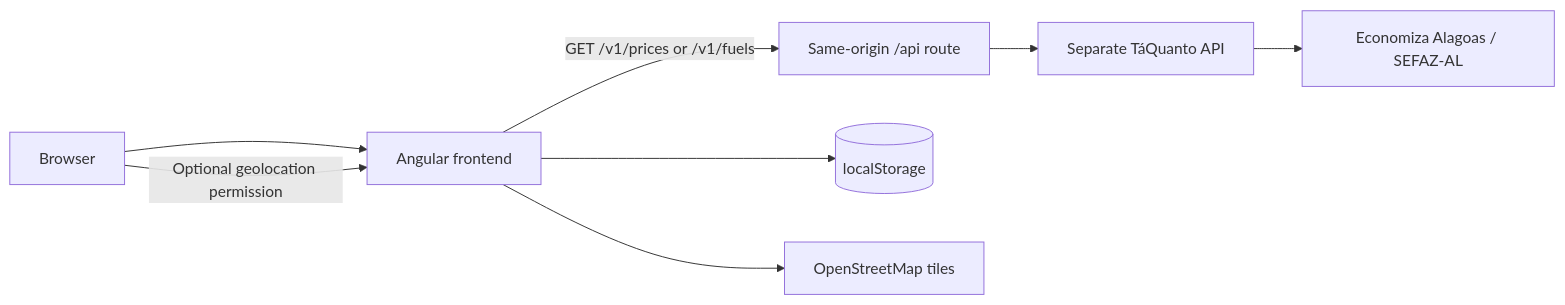
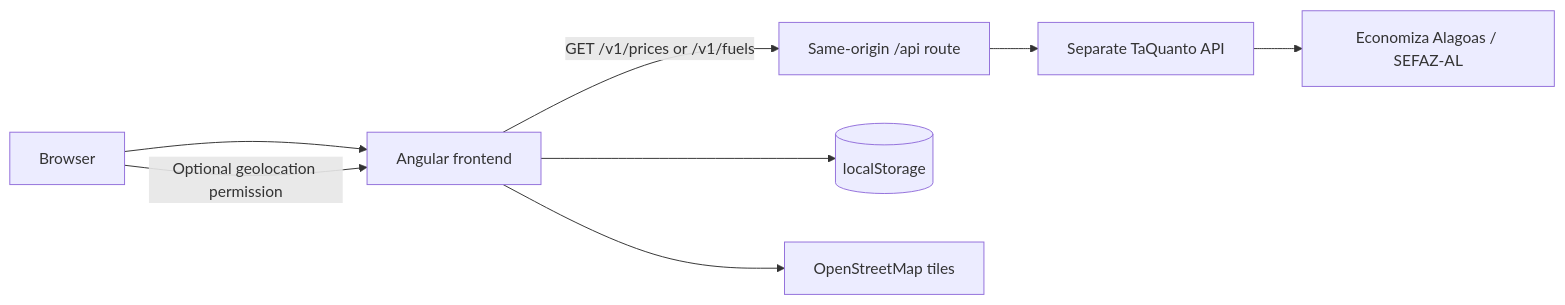
Before and after one commit to williamroberttv/taquanto: the diagram in README.md, drawn with Mermaid. The commit also changed other lines of this file and 8 other files, not shown here.

````diff
--- a/README.md
+++ b/README.md
@@ -83,10 +83,10 @@
 ```mermaid
 flowchart LR
     Visitor[Browser] --> App[Angular frontend]
     App -->|GET /v1/prices or /v1/fuels| Gateway[Same-origin /api route]
-    Gateway --> API[Separate TáQuanto API]
+    Gateway --> API[Separate TaQuanto API]
     API --> Source[Economiza Alagoas / SEFAZ-AL]
     App --> Storage[(localStorage)]
     Visitor -->|Optional geolocation permission| App
     App --> OSM[OpenStreetMap tiles]
 ```
````
